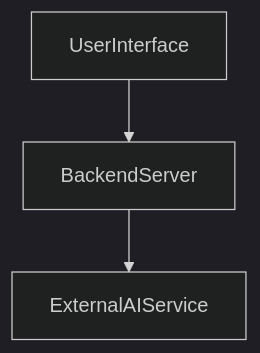
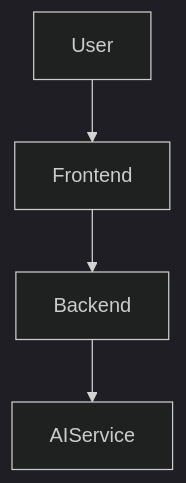
The first of 2 diagrams in README.md (yogithasivakumar/FocusZen), drawn with Mermaid (dark theme) before and after one commit. The commit also changed other lines of this file, not shown here.

````diff
--- a/README.md
+++ b/README.md
@@ -11,5 +11,6 @@
 ```mermaid
 flowchart TD
-    UserInterface --> BackendServer
-    BackendServer --> ExternalAIService
+    User --> Frontend
+    Frontend --> Backend
+    Backend --> AIService
 ```
````
